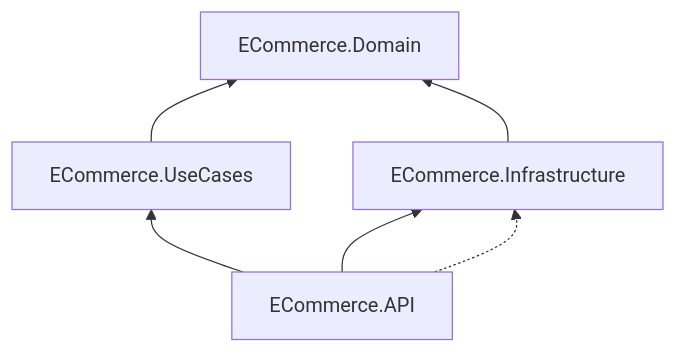
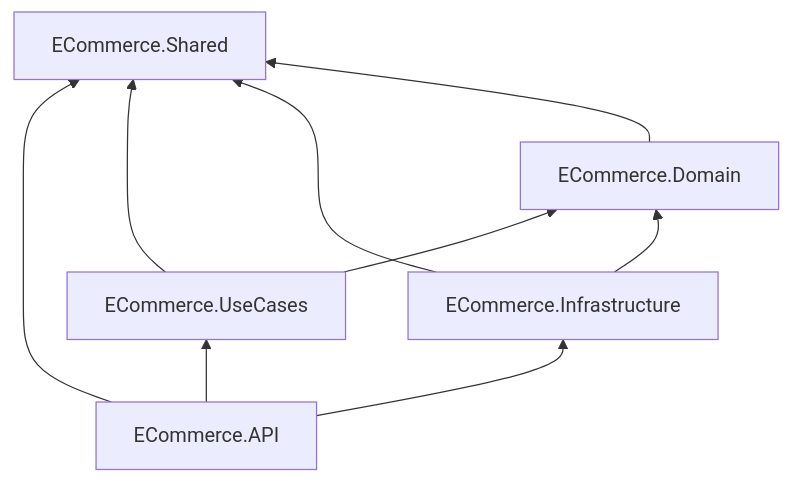
One commit to Mohamed-ehab-mohy/ECommerce changed the first of 9 diagrams in docs/06-system-architecture.md. Above: the diagram before and after it, drawn with Mermaid. The commit also changed other lines of this file and 68 other files, not shown here.

````diff
--- a/docs/06-system-architecture.md
+++ b/docs/06-system-architecture.md
@@ -91,12 +92,16 @@
 ```mermaid
 flowchart BT
     API["ECommerce.API"]
     UC["ECommerce.UseCases"]
     INFRA["ECommerce.Infrastructure"]
     DOM["ECommerce.Domain"]
+    SHARED["ECommerce.Shared"]
     API --> UC
     API --> INFRA
+    API --> SHARED
     UC --> DOM
+    UC --> SHARED
     INFRA --> DOM
-    API -.-> INFRA
+    INFRA --> SHARED
+    DOM --> SHARED
 ```
````
